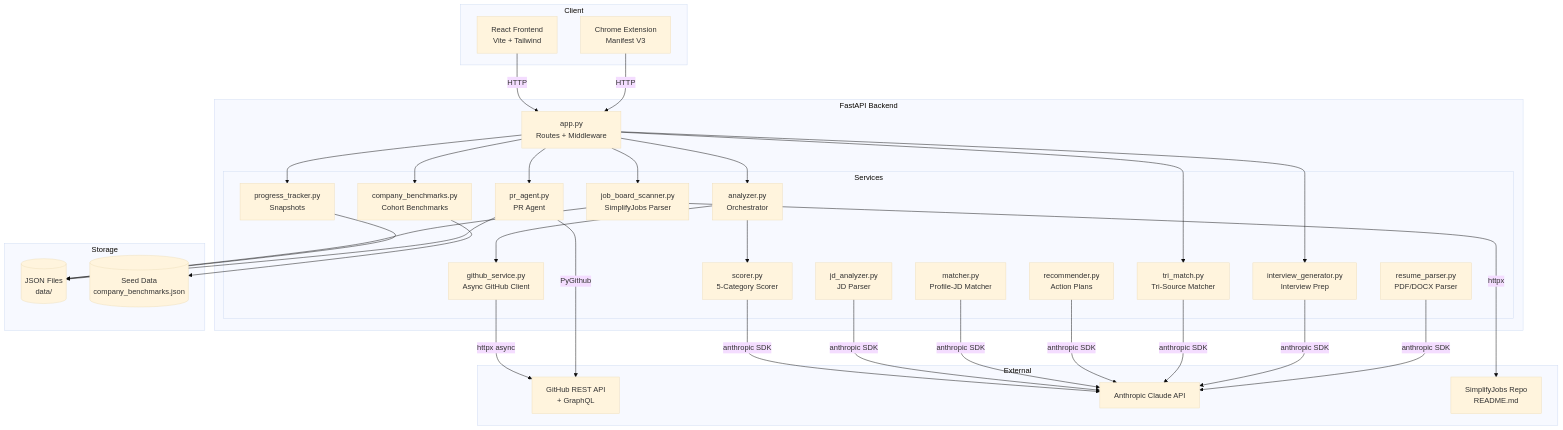
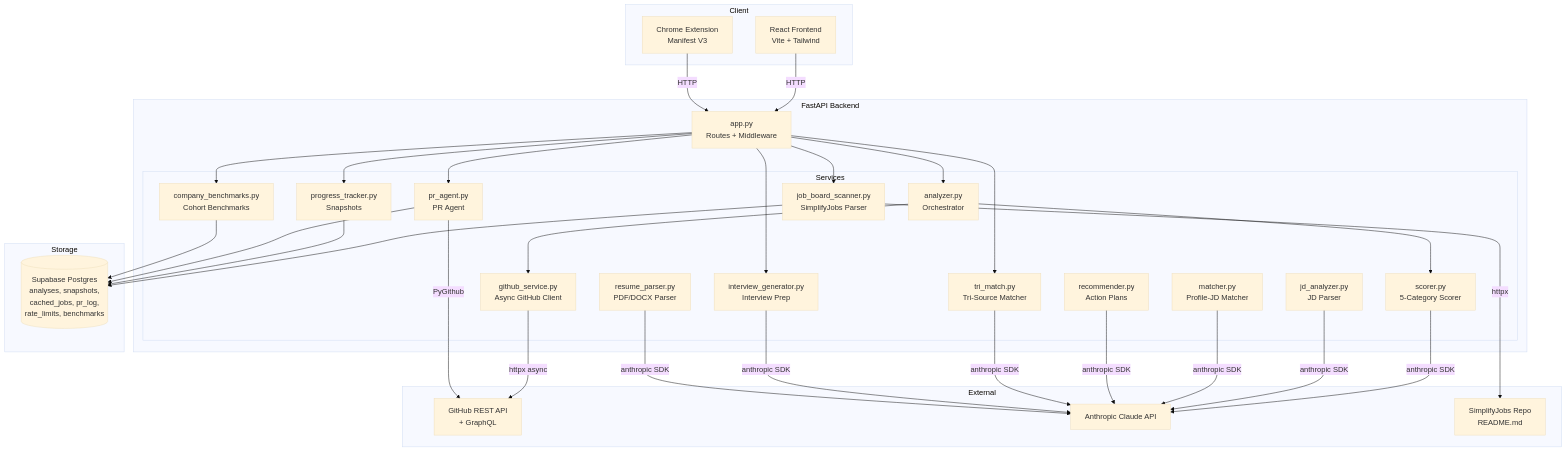
The first of 4 diagrams in docs/ARCHITECTURE.md (tarundattagondi/GitPulse), drawn with Mermaid (base theme) before and after one commit. The commit also changed 12 other files, not shown here.

First line of the commit message:
feat(storage): migrate from local json to supabase postgres

````diff
--- a/docs/ARCHITECTURE.md
+++ b/docs/ARCHITECTURE.md
@@ -5,64 +5,63 @@
 ```mermaid
 graph TB
     subgraph Client
         FE[React Frontend<br/>Vite + Tailwind]
         EXT[Chrome Extension<br/>Manifest V3]
     end
 
     subgraph Backend["FastAPI Backend"]
         APP[app.py<br/>Routes + Middleware]
 
         subgraph Services
             ANA[analyzer.py<br/>Orchestrator]
             GH[github_service.py<br/>Async GitHub Client]
             SCR[scorer.py<br/>5-Category Scorer]
             JDA[jd_analyzer.py<br/>JD Parser]
             MAT[matcher.py<br/>Profile-JD Matcher]
             REC[recommender.py<br/>Action Plans]
             JBS[job_board_scanner.py<br/>SimplifyJobs Parser]
             PRA[pr_agent.py<br/>PR Agent]
             PT[progress_tracker.py<br/>Snapshots]
             RP[resume_parser.py<br/>PDF/DOCX Parser]
             TM[tri_match.py<br/>Tri-Source Matcher]
             CB[company_benchmarks.py<br/>Cohort Benchmarks]
             IG[interview_generator.py<br/>Interview Prep]
         end
     end
 
     subgraph External
         GHAPI[GitHub REST API<br/>+ GraphQL]
         CLAUDE[Anthropic Claude API]
         SIMPLIFY[SimplifyJobs Repo<br/>README.md]
     end
 
     subgraph Storage
-        JSON[(JSON Files<br/>data/)]
-        SEED[(Seed Data<br/>company_benchmarks.json)]
+        SUPA[(Supabase Postgres<br/>analyses, snapshots,<br/>cached_jobs, pr_log,<br/>rate_limits, benchmarks)]
     end
 
     FE -->|HTTP| APP
     EXT -->|HTTP| APP
     APP --> ANA
     APP --> JBS
     APP --> PRA
     APP --> PT
     APP --> TM
     APP --> CB
     APP --> IG
     ANA --> GH
     ANA --> SCR
     GH -->|httpx async| GHAPI
     SCR -->|anthropic SDK| CLAUDE
     JDA -->|anthropic SDK| CLAUDE
     MAT -->|anthropic SDK| CLAUDE
     REC -->|anthropic SDK| CLAUDE
     TM -->|anthropic SDK| CLAUDE
     IG -->|anthropic SDK| CLAUDE
     RP -->|anthropic SDK| CLAUDE
     JBS -->|httpx| SIMPLIFY
     PRA -->|PyGithub| GHAPI
-    JBS --> JSON
-    PT --> JSON
-    PRA --> JSON
-    CB --> SEED
+    JBS --> SUPA
+    PT --> SUPA
+    PRA --> SUPA
+    CB --> SUPA
 ```
````
